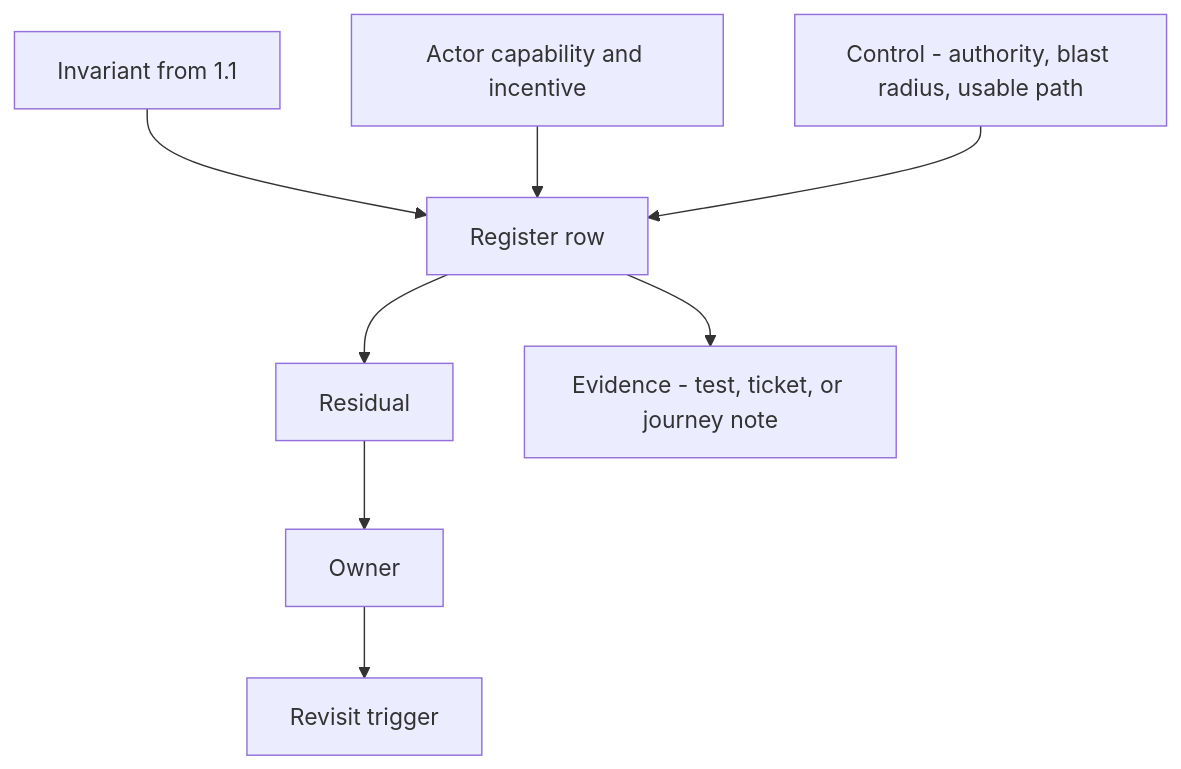
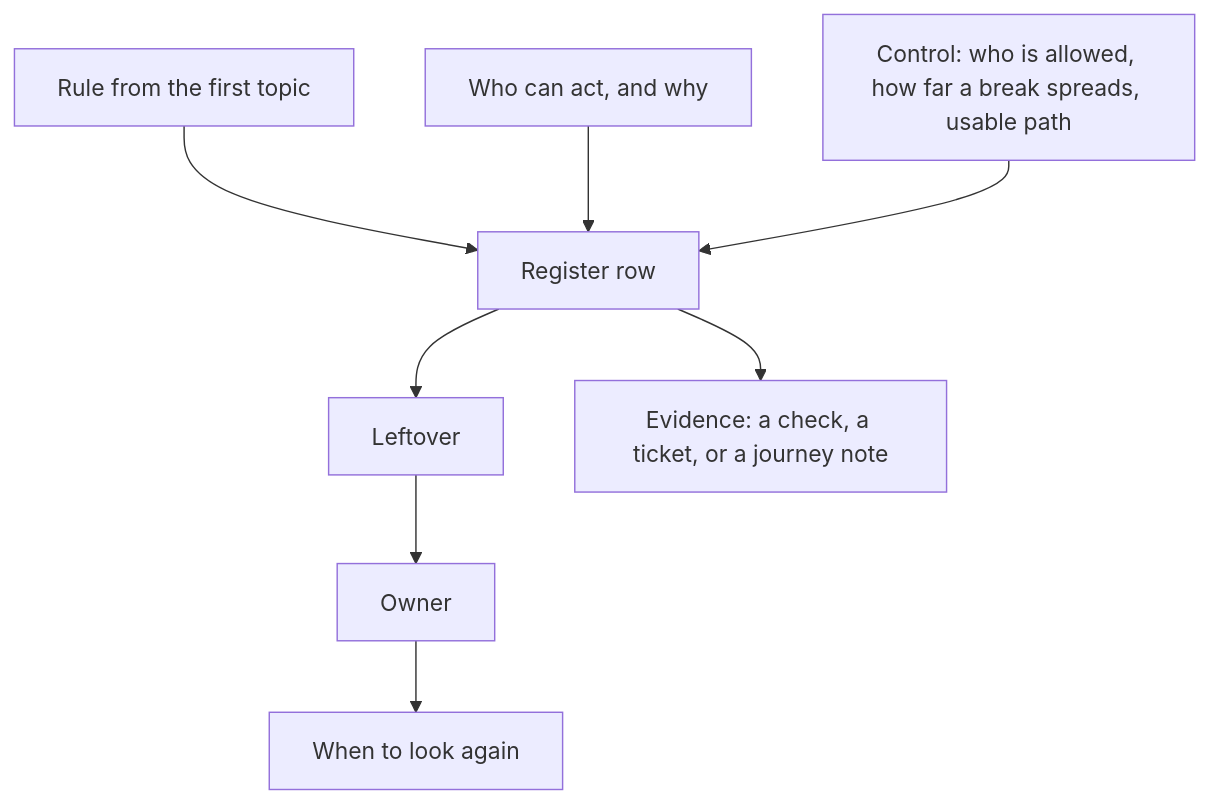
One commit to ishitvagoel/LearnSecurity changed the diagram in content/modules/1/1.4/lessons/02-model.md. Above: the diagram before and after it, drawn with Mermaid. The commit also changed other lines of this file and 44 other files, not shown here.

First line of the commit message:
Speak plainly through the first study path and lesson chrome

````diff
--- a/content/modules/1/1.4/lessons/02-model.md
+++ b/content/modules/1/1.4/lessons/02-model.md
@@ -17,10 +16,10 @@
 ```mermaid
 flowchart TD
-  I["Invariant from 1.1"] --> Row[Register row]
-  A[Actor capability and incentive] --> Row
-  K["Control - authority, blast radius, usable path"] --> Row
-  Row --> R[Residual]
+  I[Rule from the first topic] --> Row[Register row]
+  A[Who can act, and why] --> Row
+  K[Control: who is allowed, how far a break spreads, usable path] --> Row
+  Row --> R[Leftover]
   R --> Own[Owner]
-  Own --> T[Revisit trigger]
-  Row --> E["Evidence - test, ticket, or journey note"]
+  Own --> T[When to look again]
+  Row --> E[Evidence: a check, a ticket, or a journey note]
 ```
````
